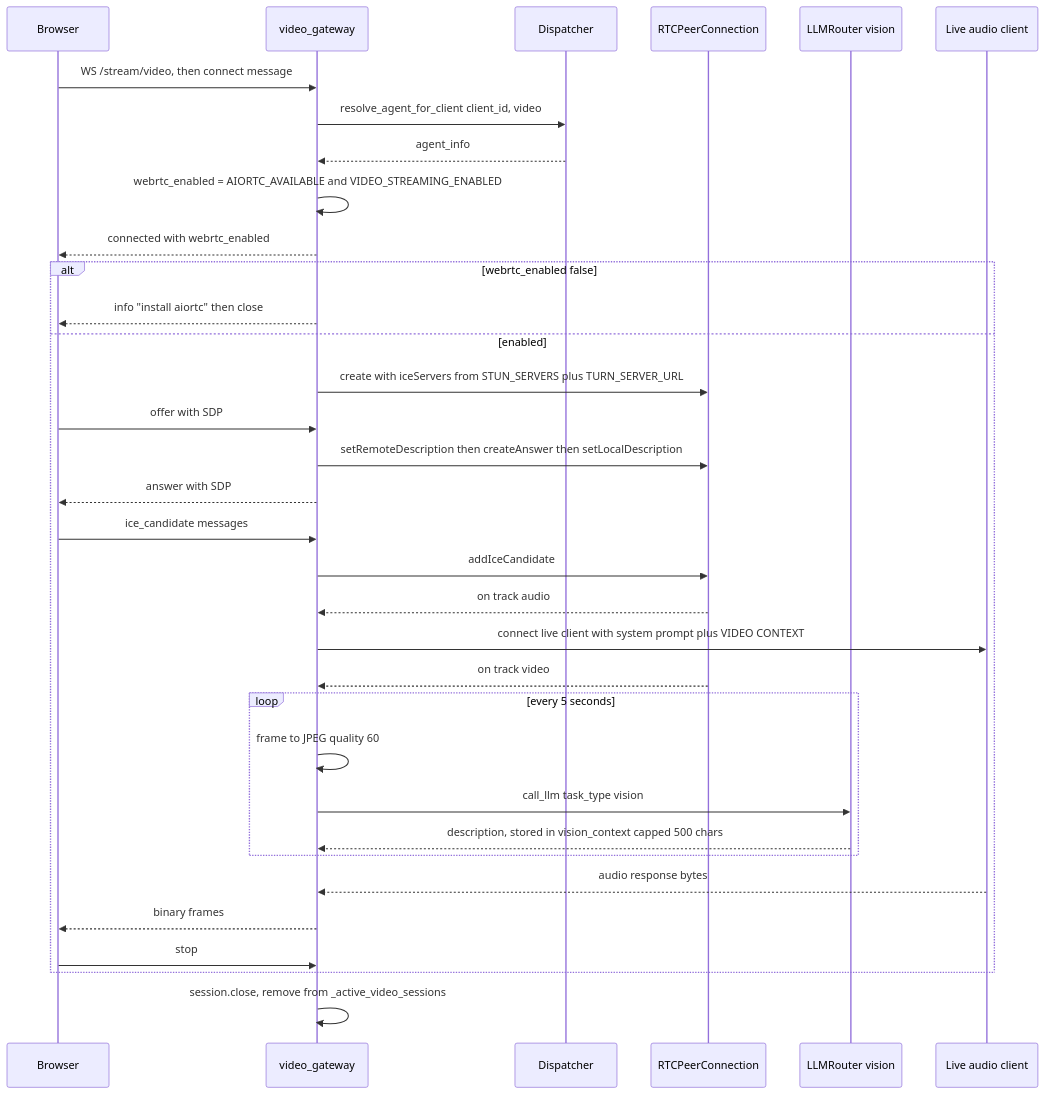
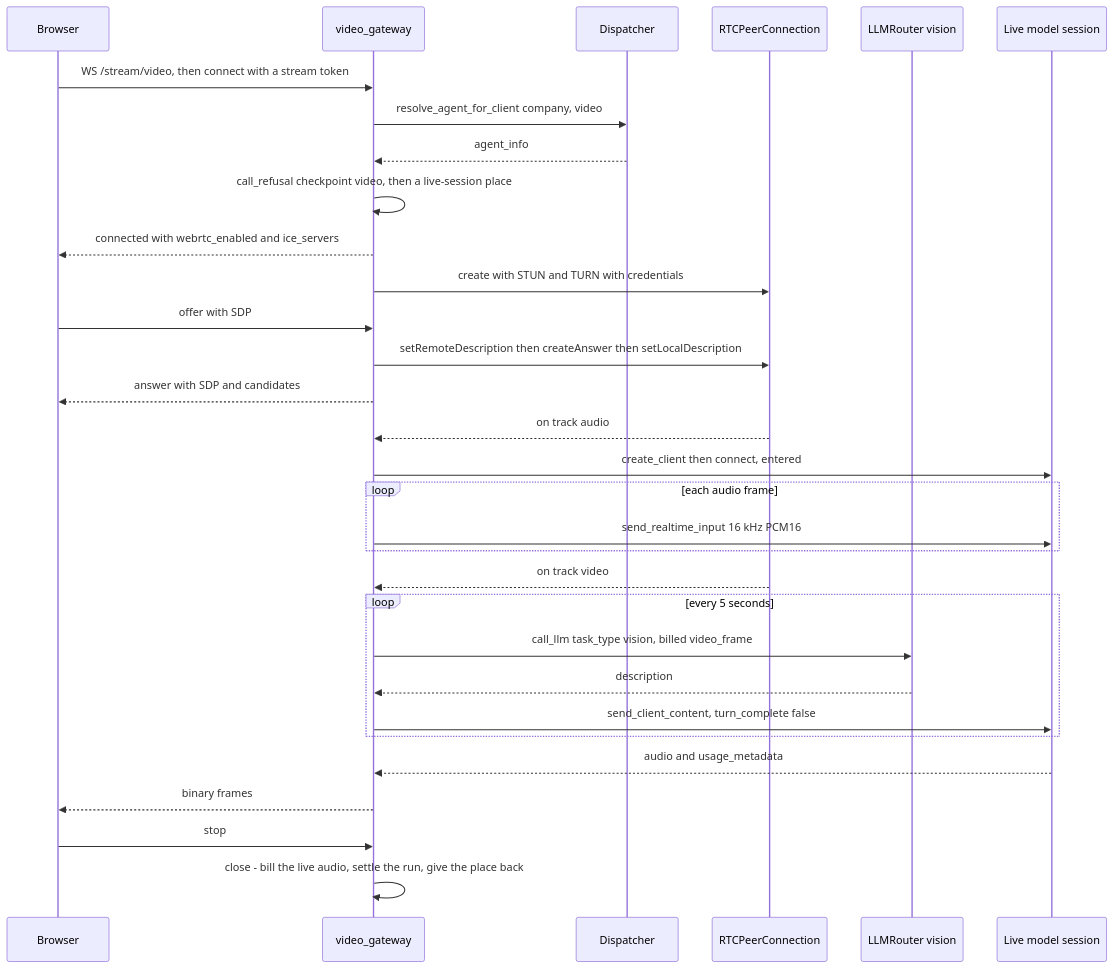
One commit to gondolerahul/hire-buddha-app changed the sixth of 14 diagrams in docs/current/13-gateway-and-realtime.md. Above: the diagram before and after it, drawn with Mermaid. The commit also changed other lines of this file and 14 other files, not shown here.

````diff
--- a/docs/current/13-gateway-and-realtime.md
+++ b/docs/current/13-gateway-and-realtime.md
@@ -511,38 +498,34 @@
 ```mermaid
 sequenceDiagram
     participant BR as Browser
     participant VG as video_gateway
     participant D as Dispatcher
     participant PC as RTCPeerConnection
     participant LLM as LLMRouter vision
-    participant AI as Live audio client
+    participant AI as Live model session
 
-    BR->>VG: WS /stream/video, then connect message
-    VG->>D: resolve_agent_for_client client_id, video
+    BR->>VG: WS /stream/video, then connect with a stream token
+    VG->>D: resolve_agent_for_client company, video
     D-->>VG: agent_info
-    VG->>VG: webrtc_enabled = AIORTC_AVAILABLE and VIDEO_STREAMING_ENABLED
-    VG-->>BR: connected with webrtc_enabled
-
-    alt webrtc_enabled false
-        VG-->>BR: info "install aiortc" then close
-    else enabled
-        VG->>PC: create with iceServers from STUN_SERVERS plus TURN_SERVER_URL
-        BR->>VG: offer with SDP
-        VG->>PC: setRemoteDescription then createAnswer then setLocalDescription
-        VG-->>BR: answer with SDP
-        BR->>VG: ice_candidate messages
-        VG->>PC: addIceCandidate
-        PC-->>VG: on track audio
-        VG->>AI: connect live client with system prompt plus VIDEO CONTEXT
-        PC-->>VG: on track video
-        loop every 5 seconds
-            VG->>VG: frame to JPEG quality 60
-            VG->>LLM: call_llm task_type vision
-            LLM-->>VG: description, stored in vision_context capped 500 chars
-        end
-        AI-->>VG: audio response bytes
-        VG-->>BR: binary frames
-        BR->>VG: stop
+    VG->>VG: call_refusal checkpoint video, then a live-session place
+    VG-->>BR: connected with webrtc_enabled and ice_servers
+    VG->>PC: create with STUN and TURN with credentials
+    BR->>VG: offer with SDP
+    VG->>PC: setRemoteDescription then createAnswer then setLocalDescription
+    VG-->>BR: answer with SDP and candidates
+    PC-->>VG: on track audio
+    VG->>AI: create_client then connect, entered
+    loop each audio frame
+        VG->>AI: send_realtime_input 16 kHz PCM16
     end
-    VG->>VG: session.close, remove from _active_video_sessions
+    PC-->>VG: on track video
+    loop every 5 seconds
+        VG->>LLM: call_llm task_type vision, billed video_frame
+        LLM-->>VG: description
+        VG->>AI: send_client_content, turn_complete false
+    end
+    AI-->>VG: audio and usage_metadata
+    VG-->>BR: binary frames
+    BR->>VG: stop
+    VG->>VG: close - bill the live audio, settle the run, give the place back
 ```
````
